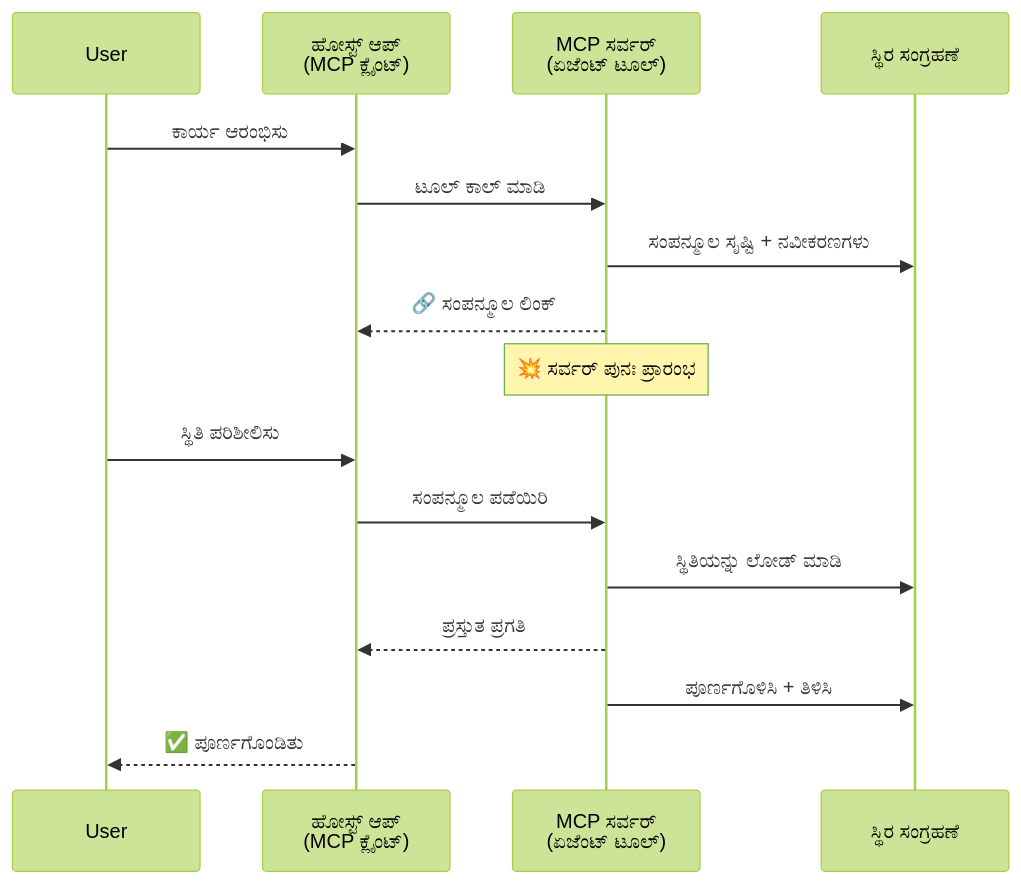
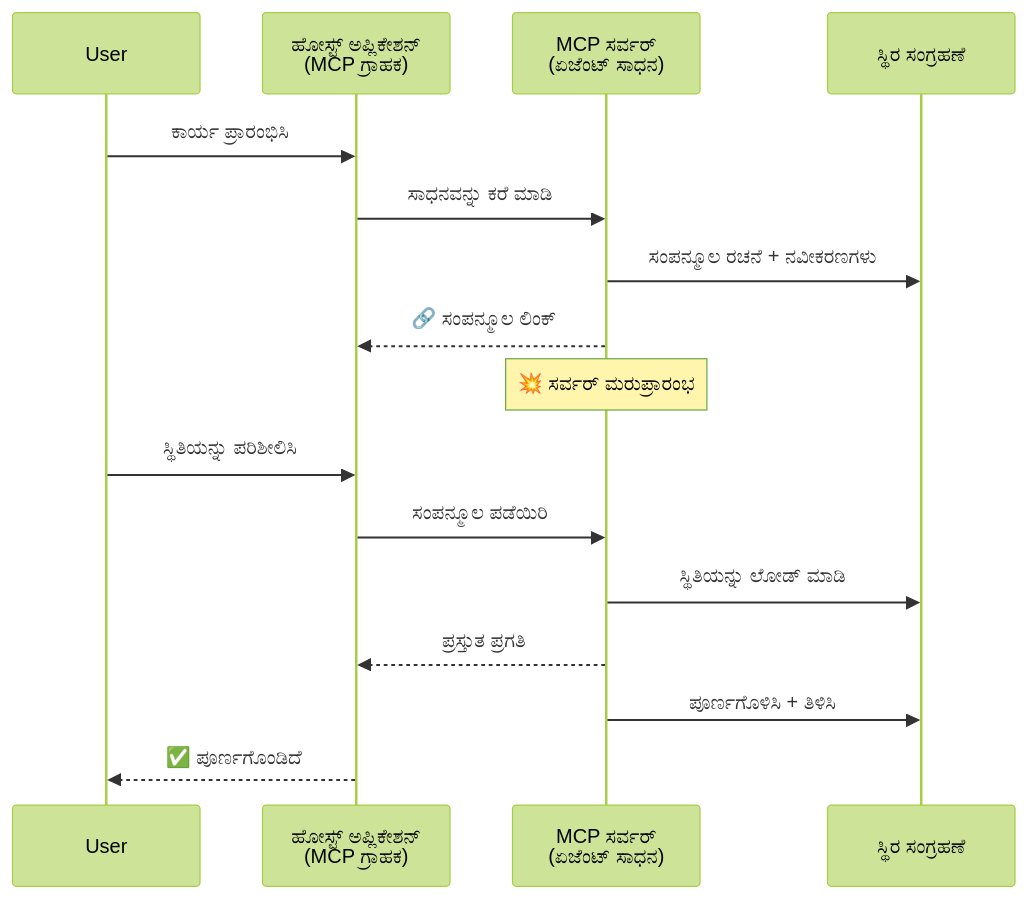
One commit to gabrielmoreira/agent-skills-mirror changed the third of 5 diagrams in mirrors/repos/microsoft@ai-agents-for-beginners/translations/kn/11-agentic-protocols/code_samples/mcp-agents/README.md. Above: the diagram before and after it, drawn with Mermaid (forest theme). The commit also changed other lines of this file and 4262 other files, not shown here.

````diff
--- a/mirrors/repos/microsoft@ai-agents-for-beginners/translations/kn/11-agentic-protocols/code_samples/mcp-agents/README.md
+++ b/mirrors/repos/microsoft@ai-agents-for-beginners/translations/kn/11-agentic-protocols/code_samples/mcp-agents/README.md
@@ -123,21 +123,21 @@
 ```mermaid
 sequenceDiagram
     participant User
-    participant Host as ಹೋಸ್ಟ್ ಆಪ್<br/>(MCP ಕ್ಲೈಂಟ್)
-    participant Server as MCP ಸರ್ವರ್<br/>(ಏಜೆಂಟ್ ಟೂಲ್)
+    participant Host as ಹೋಸ್ಟ್ ಅಪ್ಲಿಕೇಶನ್<br/>(MCP ಗ್ರಾಹಕ)
+    participant Server as MCP ಸರ್ವರ್<br/>(ಏಜೆಂಟ್ ಸಾಧನ)
     participant DB as ಸ್ಥಿರ ಸಂಗ್ರಹಣೆ
 
-    User->>Host: ಕಾರ್ಯ ಆರಂಭಿಸು
-    Host->>Server: ಟೂಲ್ ಕಾಲ್ ಮಾಡಿ
-    Server->>DB: ಸಂಪನ್ಮೂಲ ಸೃಷ್ಟಿ + ನವೀಕರಣಗಳು
+    User->>Host: ಕಾರ್ಯ ಪ್ರಾರಂಭಿಸಿ
+    Host->>Server: ಸಾಧನವನ್ನು ಕರೆ ಮಾಡಿ
+    Server->>DB: ಸಂಪನ್ಮೂಲ ರಚನೆ + ನವೀಕರಣಗಳು
     Server-->>Host: 🔗 ಸಂಪನ್ಮೂಲ ಲಿಂಕ್
 
-    Note over Server: 💥 ಸರ್ವರ್ ಪುನಃ ಪ್ರಾರಂಭ
+    Note over Server: 💥 ಸರ್ವರ್ ಮರುಪ್ರಾರಂಭ
 
-    User->>Host: ಸ್ಥಿತಿ ಪರಿಶೀಲಿಸು
+    User->>Host: ಸ್ಥಿತಿಯನ್ನು ಪರಿಶೀಲಿಸಿ
     Host->>Server: ಸಂಪನ್ಮೂಲ ಪಡೆಯಿರಿ
     Server->>DB: ಸ್ಥಿತಿಯನ್ನು ಲೋಡ್ ಮಾಡಿ
     Server-->>Host: ಪ್ರಸ್ತುತ ಪ್ರಗತಿ
     Server->>DB: ಪೂರ್ಣಗೊಳಿಸಿ + ತಿಳಿಸಿ
-    Host-->>User: ✅ ಪೂರ್ಣಗೊಂಡಿತು
+    Host-->>User: ✅ ಪೂರ್ಣಗೊಂಡಿದೆ
 ```
````
